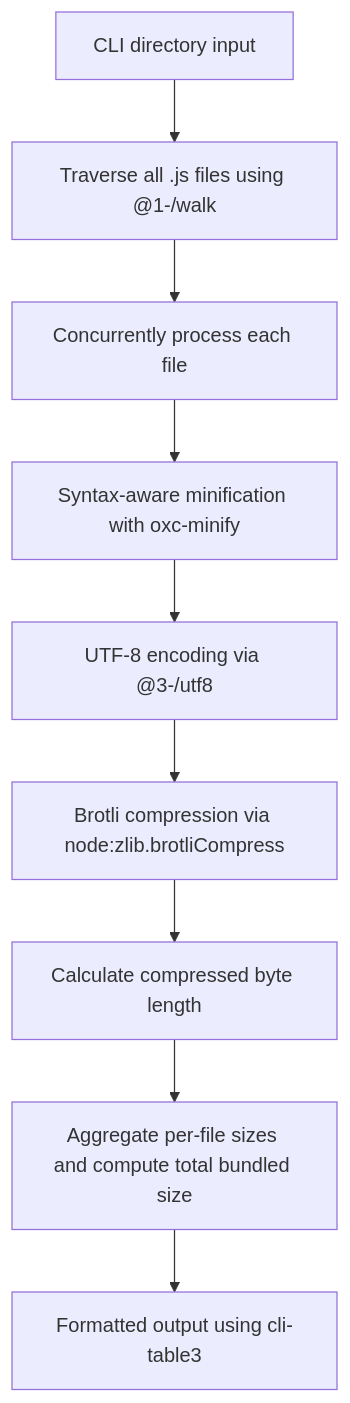
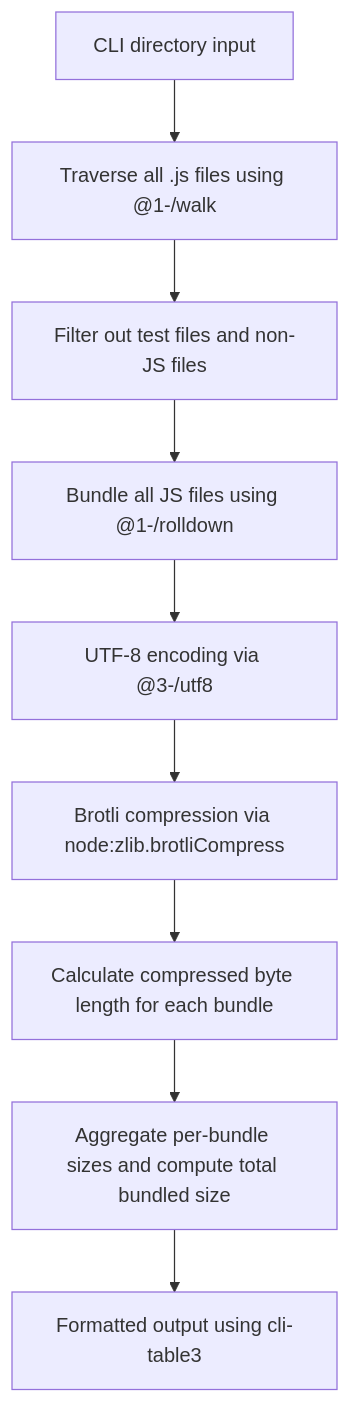
Before and after one commit to webc-site/npm: the diagram in minify_size/readme/en/README.md, drawn with Mermaid. The commit also changed other lines of this file and 11 other files, not shown here.

````diff
--- a/minify_size/readme/en/README.md
+++ b/minify_size/readme/en/README.md
@@ -44,11 +44,11 @@
 ```mermaid
 graph TD
     A[CLI directory input] --> B[Traverse all .js files using @1-/walk]
-    B --> C[Concurrently process each file]
-    C --> D[Syntax-aware minification with oxc-minify]
+    B --> C[Filter out test files and non-JS files]
+    C --> D[Bundle all JS files using @1-/rolldown]
     D --> E[UTF-8 encoding via @3-/utf8]
     E --> F[Brotli compression via node:zlib.brotliCompress]
-    F --> G[Calculate compressed byte length]
-    G --> H[Aggregate per-file sizes and compute total bundled size]
+    F --> G[Calculate compressed byte length for each bundle]
+    G --> H[Aggregate per-bundle sizes and compute total bundled size]
     H --> I[Formatted output using cli-table3]
 ```
````
